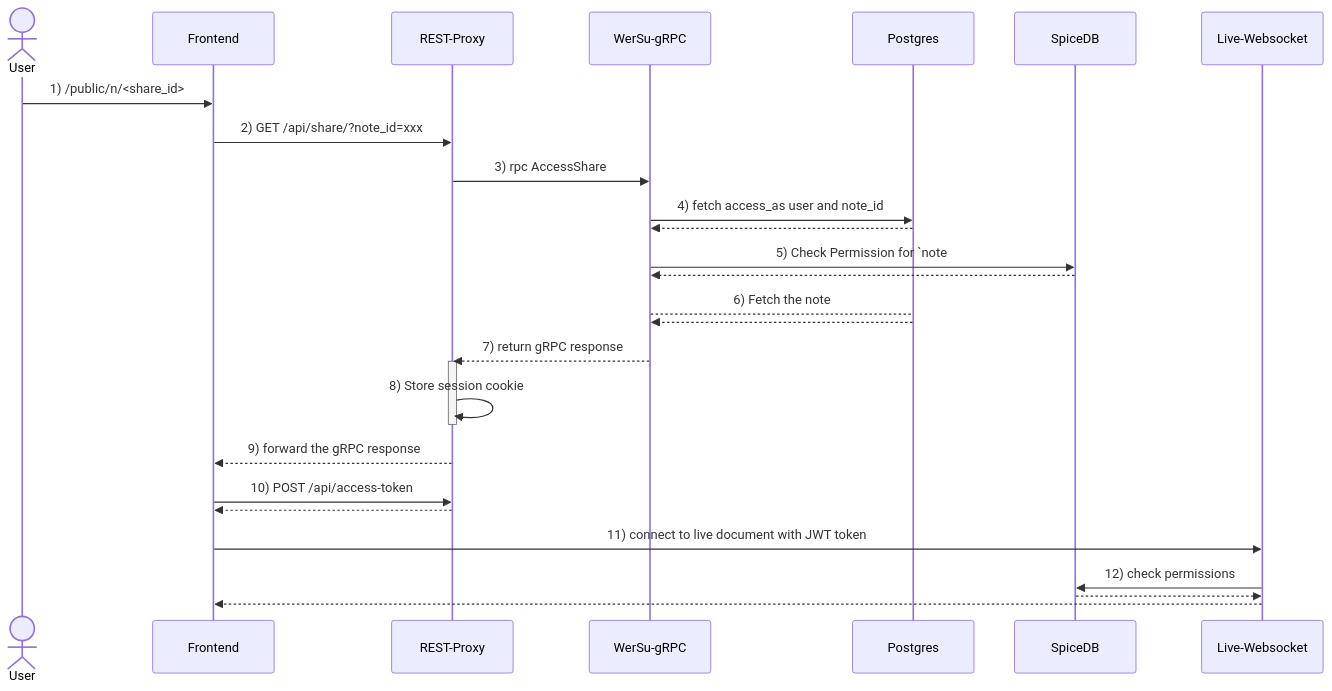
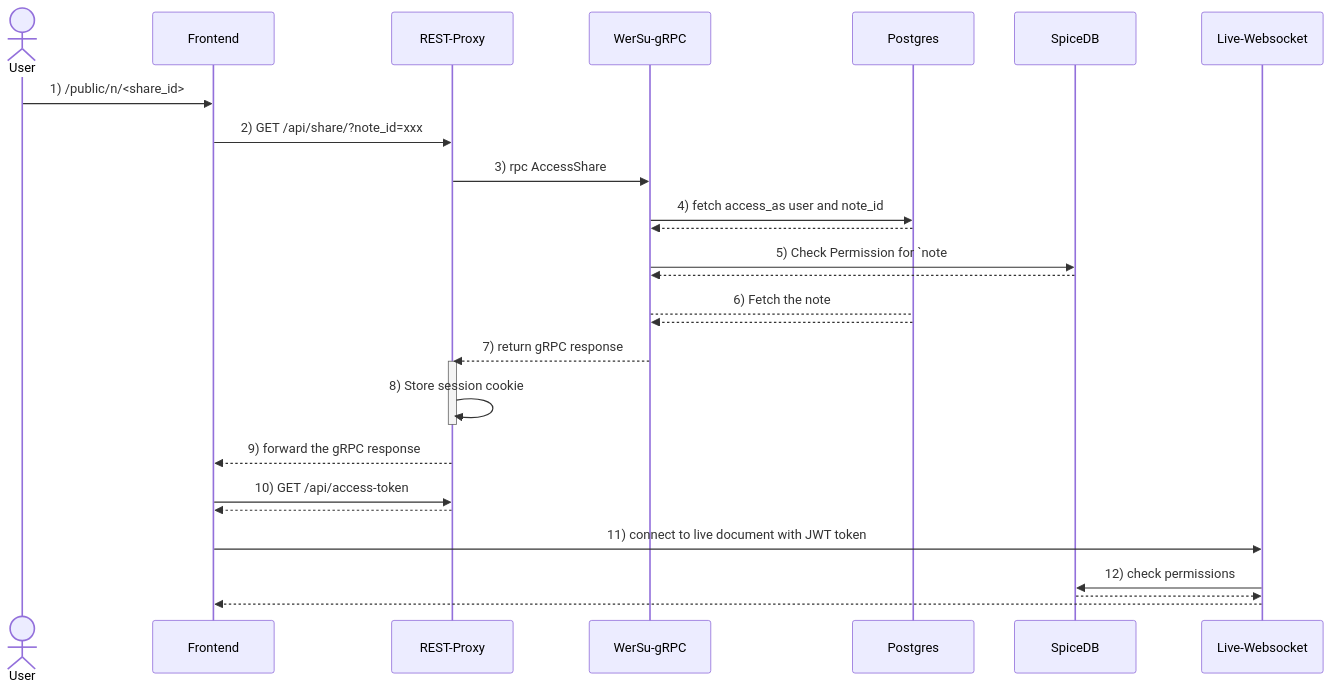
Before and after one commit to KuramaSyu/WerSu: the second of 2 diagrams in docs/sharing.md, drawn with Mermaid.

Commit message:
docs, chore: method update

````diff
--- a/docs/sharing.md
+++ b/docs/sharing.md
@@ -43,26 +43,26 @@
 ```mermaid
 
 sequenceDiagram
     actor User
 
     User->>Frontend: 1) /public/n/<share_id>
     Frontend->>REST-Proxy: 2) GET /api/share/?note_id=xxx
     REST-Proxy->>WerSu-gRPC: 3) rpc AccessShare
     WerSu-gRPC->>Postgres: 4) fetch access_as user and note_id
     Postgres-->>WerSu-gRPC:
     WerSu-gRPC->>SpiceDB: 5) Check Permission for `note#???@user`
     SpiceDB-->>WerSu-gRPC:
     WerSu-gRPC-->Postgres: 6) Fetch the note
     Postgres-->>WerSu-gRPC:
     WerSu-gRPC-->>REST-Proxy: 7) return gRPC response
     activate REST-Proxy
     REST-Proxy->>REST-Proxy: 8) Store session cookie
     deactivate REST-Proxy
     REST-Proxy-->>Frontend: 9) forward the gRPC response
-    Frontend->>REST-Proxy: 10) POST /api/access-token
+    Frontend->>REST-Proxy: 10) GET /api/access-token
     REST-Proxy-->>Frontend:
     Frontend->>Live-Websocket: 11) connect to live document with JWT token
     Live-Websocket->>SpiceDB: 12) check permissions
     SpiceDB-->>Live-Websocket:
     Live-Websocket-->>Frontend:
 ```
````
